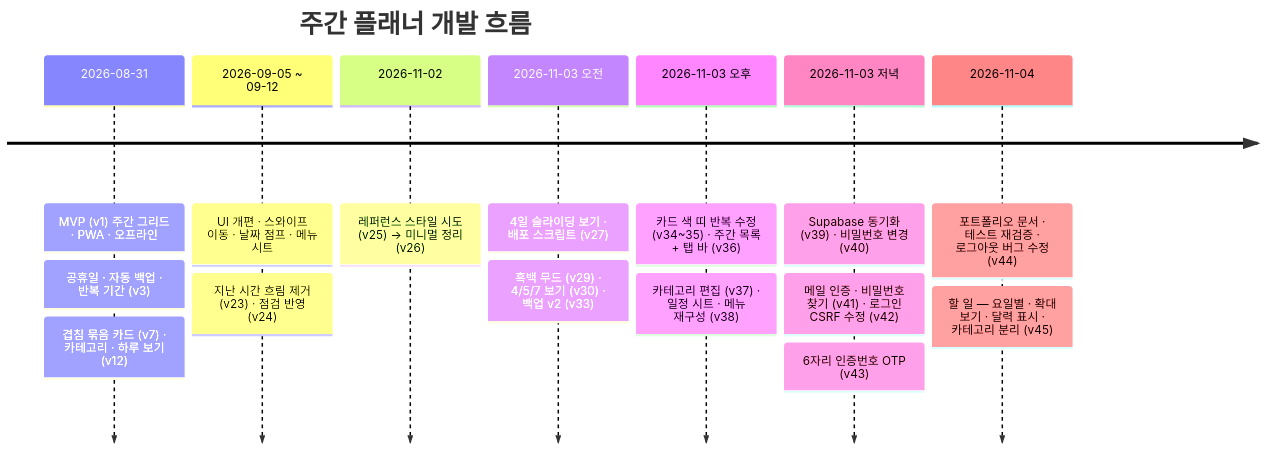
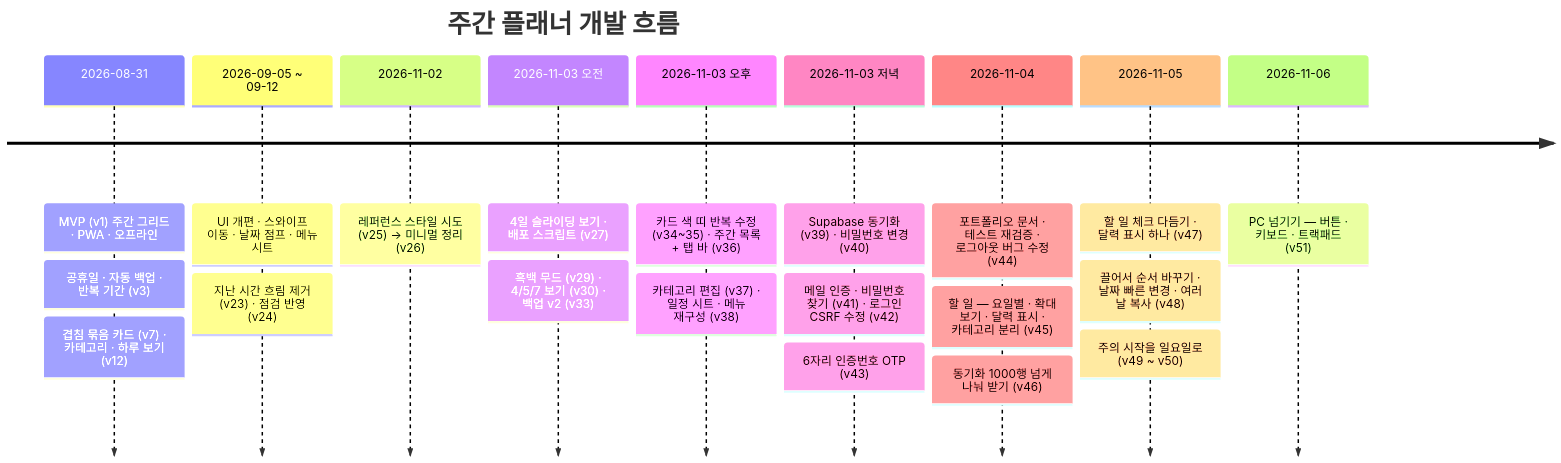
One commit to jmg0929/weekly-planner changed the second of 2 diagrams in docs/README.md. Above: the diagram before and after it, drawn with Mermaid. The commit also changed other lines of this file and 8 other files, not shown here.

Commit message:
문서 갱신: v47~v51 반영 (할 일 체크 다듬기, 끌어서 순서, 날짜 변경 · 복사, 일요일 시작, PC 넘기기)

````diff
--- a/docs/README.md
+++ b/docs/README.md
@@ -122,19 +122,24 @@
 ```mermaid
 timeline
   title 주간 플래너 개발 흐름
   2026-08-31 : MVP (v1) 주간 그리드 · PWA · 오프라인
              : 공휴일 · 자동 백업 · 반복 기간 (v3)
              : 겹침 묶음 카드 (v7) · 카테고리 · 하루 보기 (v12)
   2026-09-05 ~ 09-12 : UI 개편 · 스와이프 이동 · 날짜 점프 · 메뉴 시트
                      : 지난 시간 흐림 제거 (v23) · 점검 반영 (v24)
   2026-11-02 : 레퍼런스 스타일 시도 (v25) → 미니멀 정리 (v26)
   2026-11-03 오전 : 4일 슬라이딩 보기 · 배포 스크립트 (v27)
                  : 흑백 무드 (v29) · 4/5/7 보기 (v30) · 백업 v2 (v33)
   2026-11-03 오후 : 카드 색 띠 반복 수정 (v34~35) · 주간 목록 + 탭 바 (v36)
                  : 카테고리 편집 (v37) · 일정 시트 · 메뉴 재구성 (v38)
   2026-11-03 저녁 : Supabase 동기화 (v39) · 비밀번호 변경 (v40)
                  : 메일 인증 · 비밀번호 찾기 (v41) · 로그인 CSRF 수정 (v42)
                  : 6자리 인증번호 OTP (v43)
   2026-11-04 : 포트폴리오 문서 · 테스트 재검증 · 로그아웃 버그 수정 (v44)
              : 할 일 — 요일별 · 확대 보기 · 달력 표시 · 카테고리 분리 (v45)
+             : 동기화 1000행 넘게 나눠 받기 (v46)
+  2026-11-05 : 할 일 체크 다듬기 · 달력 표시 하나 (v47)
+             : 끌어서 순서 바꾸기 · 날짜 빠른 변경 · 여러 날 복사 (v48)
+             : 주의 시작을 일요일로 (v49 ~ v50)
+  2026-11-06 : PC 넘기기 — 버튼 · 키보드 · 트랙패드 (v51)
 ```
````
